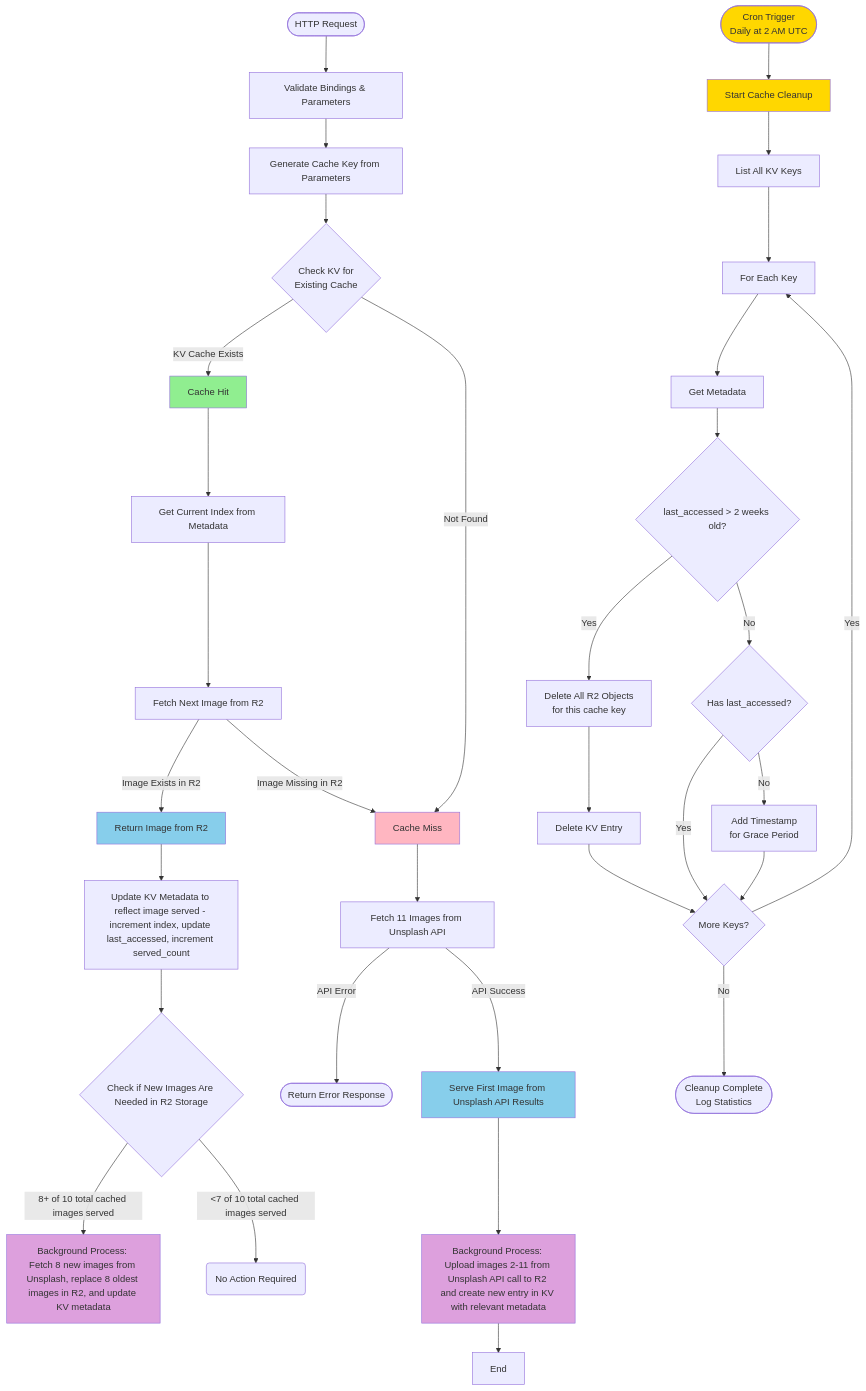
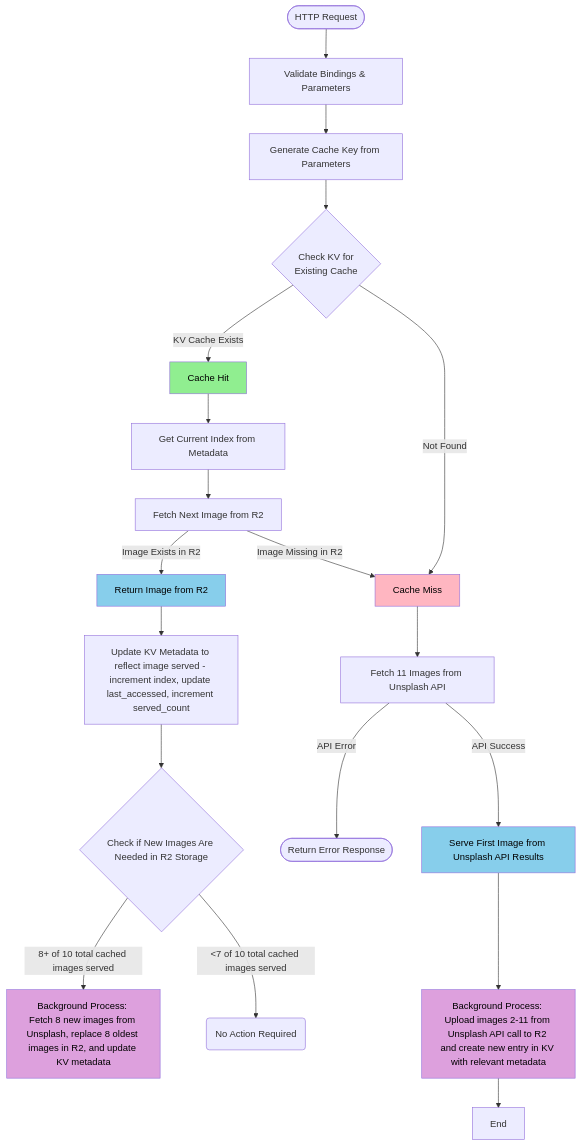
One commit to connorshinn/unsplash-Backgrounds changed the diagram in README.md. Above: the diagram before and after it, drawn with Mermaid. The commit also changed 1 other file, not shown here.

````diff
--- a/README.md
+++ b/README.md
@@ -125,51 +125,33 @@
 ```mermaid
 flowchart TD
     Start([HTTP Request]) --> Validate[Validate Bindings & Parameters]
     Validate --> GenKey[Generate Cache Key from Parameters]
     GenKey --> CheckKV{Check KV for<br/>Existing Cache}
     
     %% Cache Hit Path
     CheckKV -->|KV Cache Exists| CacheHit[Cache Hit]
     CacheHit --> GetIndex[Get Current Index from Metadata]
     GetIndex --> FetchR2[Fetch Next Image from R2]
     FetchR2 -->|Image Exists in R2| ServeImage[Return Image from R2]
     FetchR2 -->|Image Missing in R2| CacheMiss
     ServeImage --> UpdateMeta[Update KV Metadata to reflect image served - increment index, update last_accessed, increment served_count]
     UpdateMeta --> CheckRefresh{Check if New Images Are Needed in R2 Storage}
     CheckRefresh -->|8+ of 10 total cached images served| RefreshCache[Background Process: <br/>Fetch 8 new images from Unsplash, replace 8 oldest images in R2, and update KV metadata]
     CheckRefresh -->|<7 of 10 total cached images served| NoActionRequired(No Action Required)
 
     
     %% Cache Miss Path
     CheckKV -->|Not Found| CacheMiss[Cache Miss]
     CacheMiss --> FetchUnsplash[Fetch 11 Images from Unsplash API]
     FetchUnsplash -->|API Error| ErrorResponse([Return Error Response])
     FetchUnsplash -->|API Success| ServeFirst[Serve First Image from Unsplash API Results]
     ServeFirst --> PopulateCache[Background Process: <br/>Upload images 2-11 from Unsplash API call to R2 and create new entry in KV with relevant metadata]
     PopulateCache --> End
     
-    %% Scheduled Cleanup
-    CronTrigger([Cron Trigger<br/>Daily at 2 AM UTC]) --> StartCleanup[Start Cache Cleanup]
-    StartCleanup --> ListKeys[List All KV Keys]
-    ListKeys --> IterateKeys[For Each Key]
-    IterateKeys --> GetMeta[Get Metadata]
-    GetMeta --> CheckAge{last_accessed > 2 weeks old?}
-    CheckAge -->|Yes| DeleteR2[Delete All R2 Objects<br/>for this cache key]
-    DeleteR2 --> DeleteKV[Delete KV Entry]
-    DeleteKV --> NextKey{More Keys?}
-    CheckAge -->|No| HasTimestamp{Has last_accessed?}
-    HasTimestamp -->|No| AddTimestamp[Add Timestamp<br/>for Grace Period]
-    HasTimestamp -->|Yes| NextKey
-    AddTimestamp --> NextKey
-    NextKey -->|Yes| IterateKeys
-    NextKey -->|No| CleanupEnd([Cleanup Complete<br/>Log Statistics])
-    
-    style CacheHit fill:#90EE90
-    style CacheMiss fill:#FFB6C1
-    style ServeImage fill:#87CEEB
-    style ServeFirst fill:#87CEEB
-    style RefreshCache fill:#DDA0DD
-    style PopulateCache fill:#DDA0DD
-    style CronTrigger fill:#FFD700
-    style StartCleanup fill:#FFD700
+    style CacheHit fill:#90EE90,color:#000000
+    style CacheMiss fill:#FFB6C1,color:#000000
+    style ServeImage fill:#87CEEB,color:#000000
+    style ServeFirst fill:#87CEEB,color:#000000
+    style RefreshCache fill:#DDA0DD,color:#000000
+    style PopulateCache fill:#DDA0DD,color:#000000
 ```
````
